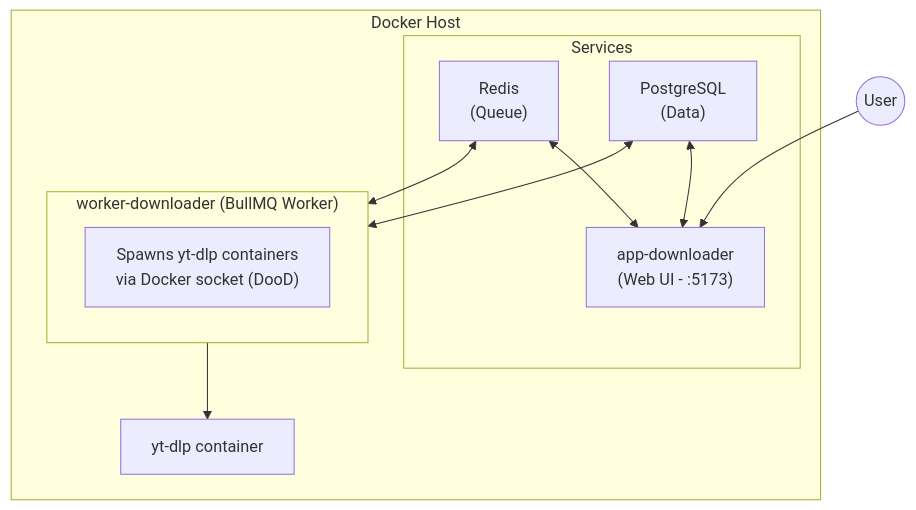
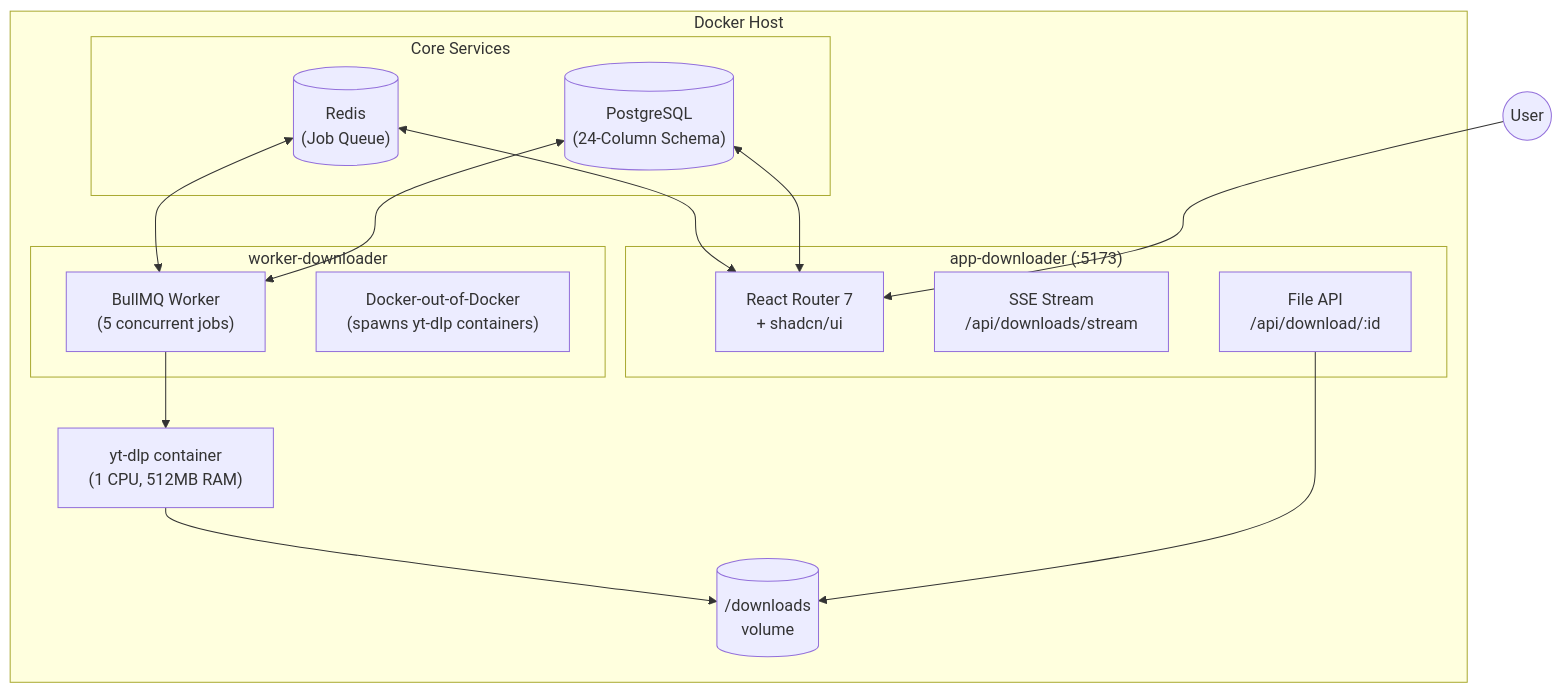
The first of 2 diagrams in README.md (alfianyusufabdullah/youtube-downloader-app), drawn with Mermaid before and after one commit. The commit also changed other lines of this file, not shown here.

Commit message:
docs: update README with multi-quality download features, audio-only mode, subtitles, and component overview

````diff
--- a/README.md
+++ b/README.md
@@ -9,23 +23,31 @@
 ```mermaid
 flowchart TB
     subgraph Docker["Docker Host"]
-        subgraph Services["Services"]
-            Redis["Redis<br/>(Queue)"]
-            Postgres["PostgreSQL<br/>(Data)"]
-            App["app-downloader<br/>(Web UI - :5173)"]
+        subgraph Services["Core Services"]
+            Redis[("Redis<br/>(Job Queue)")]
+            Postgres[("PostgreSQL<br/>(24-Column Schema)")]
         end
         
-        subgraph Worker["worker-downloader (BullMQ Worker)"]
-            DooD["Spawns yt-dlp containers<br/>via Docker socket (DooD)"]
+        subgraph Frontend["app-downloader (:5173)"]
+            UI["React Router 7<br/>+ shadcn/ui"]
+            SSE["SSE Stream<br/>/api/downloads/stream"]
+            FileAPI["File API<br/>/api/download/:id"]
+        end
+        
+        subgraph Backend["worker-downloader"]
+            Worker["BullMQ Worker<br/>(5 concurrent jobs)"]
+            DooD["Docker-out-of-Docker<br/>(spawns yt-dlp containers)"]
         end
         
         Redis <--> Worker
+        Redis <--> UI
         Postgres <--> Worker
-        Postgres <--> App
-        Redis <--> App
+        Postgres <--> UI
         
-        Worker --> YT["yt-dlp container"]
+        Worker --> YT["yt-dlp container<br/>(1 CPU, 512MB RAM)"]
+        YT --> Downloads[("/downloads<br/>volume")]
+        FileAPI --> Downloads
     end
     
-    User((User)) --> App
+    User((User)) --> UI
 ```
````
